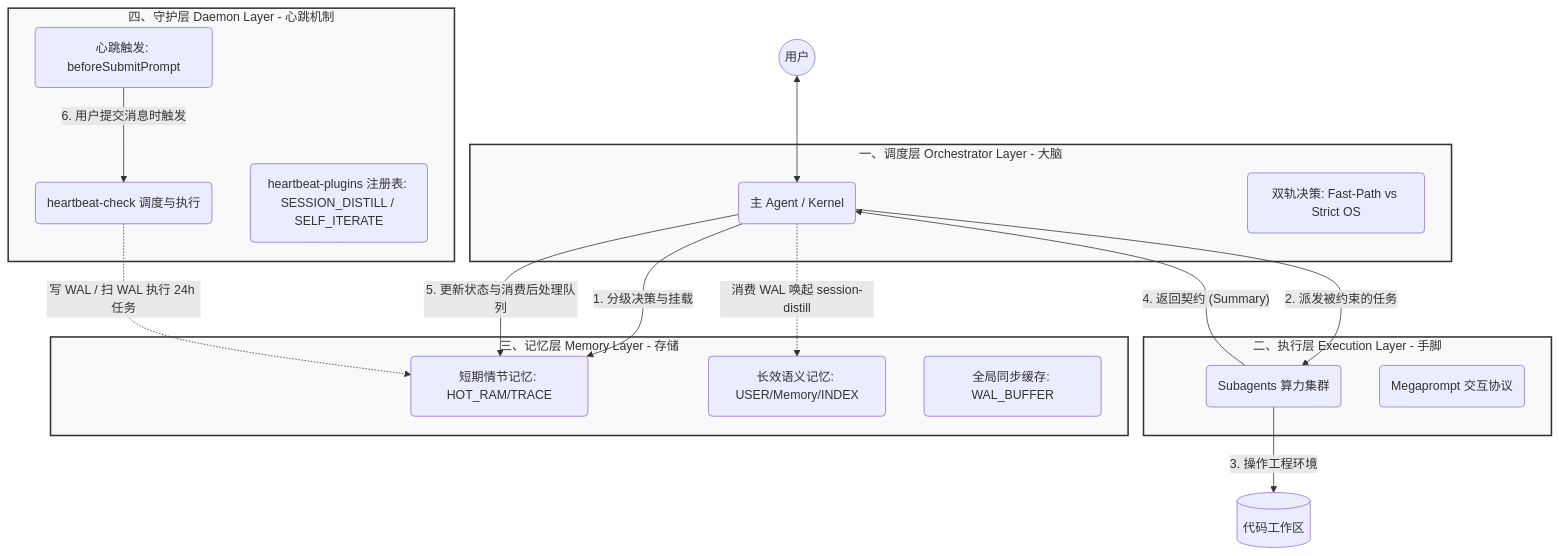
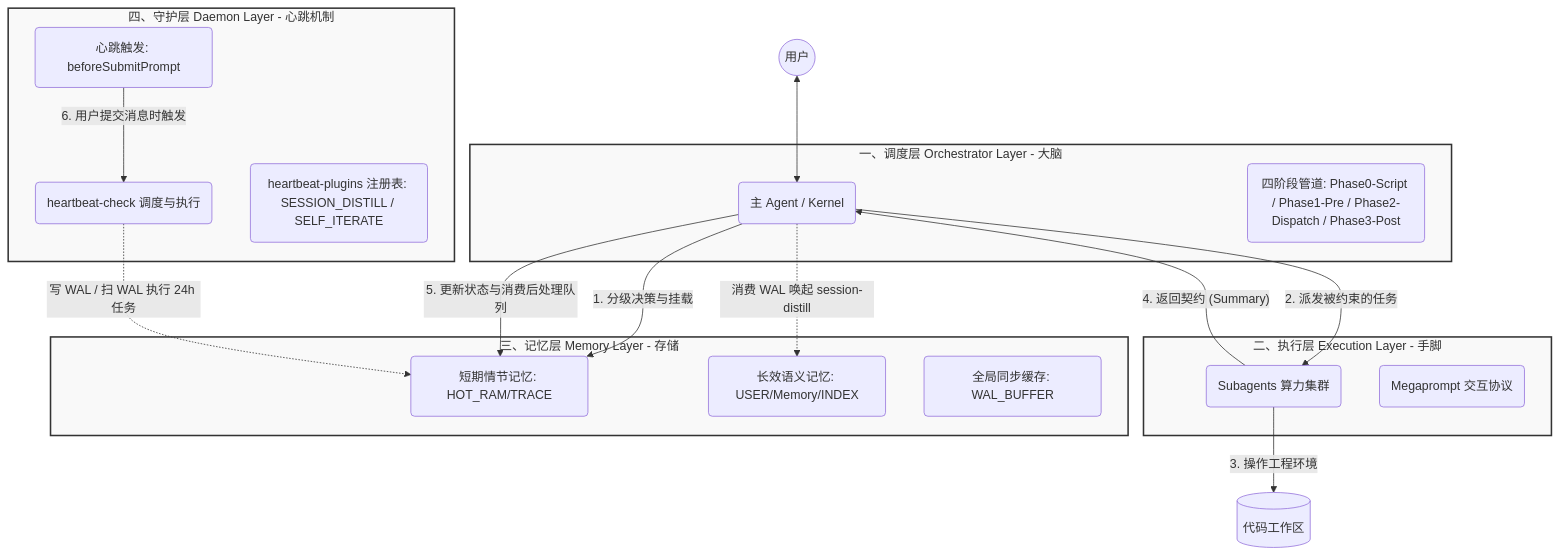
Before and after one commit to tower1229/LingXi: the diagram in .cursor/skills/about-lingxi/references/architecture.md, drawn with Mermaid. The commit also changed other lines of this file and 5 other files, not shown here.

Commit message:
refactor: Revise HOT_RAM.default.md and agentos-kernel.mdc to enhance clarity on global configuration injection and task processing phases. Update lifecycle flow documentation to reflect the unified four-phase pipeline, ensuring consistency in task handling and user configuration management.

````diff
--- a/.cursor/skills/about-lingxi/references/architecture.md
+++ b/.cursor/skills/about-lingxi/references/architecture.md
@@ -13,40 +13,40 @@
 ```mermaid
 graph TD
     classDef layer fill:#f9f9f9,stroke:#333,stroke-width:2px;
 
     User((用户))
 
     subgraph 调度层 [一、调度层 Orchestrator Layer - 大脑]
         MainAgent(主 Agent / Kernel)
-        Tiers(双轨决策: Fast-Path vs Strict OS)
+        Pipeline(四阶段管道: Phase0-Script / Phase1-Pre / Phase2-Dispatch / Phase3-Post)
     end
 
     subgraph 执行层 [二、执行层 Execution Layer - 手脚]
         Subagents(Subagents 算力集群)
         Protocol(Megaprompt 交互协议)
     end
 
     subgraph 记忆层 [三、记忆层 Memory Layer - 存储]
         StateFile(短期情节记忆: HOT_RAM/TRACE)
         Knowledge(长效语义记忆: USER/Memory/INDEX)
         GlobalSync(全局同步缓存: WAL_BUFFER)
     end
 
     subgraph 守护层 [四、守护层 Daemon Layer - 心跳机制]
         Hooks(心跳触发: beforeSubmitPrompt)
         Watchdog(heartbeat-check 调度与执行)
         Plugins(heartbeat-plugins 注册表: SESSION_DISTILL / SELF_ITERATE)
     end
 
     User <--> MainAgent
     MainAgent -- 1. 分级决策与挂载 --> StateFile
     MainAgent -- 2. 派发被约束的任务 --> Subagents
     Subagents -- 3. 操作工程环境 --> Workspace[(代码工作区)]
     Subagents -- 4. 返回契约 (Summary) --> MainAgent
     MainAgent -- 5. 更新状态与消费后处理队列 --> StateFile
     Hooks -- 6. 用户提交消息时触发 --> Watchdog
     Watchdog -. 写 WAL / 扫 WAL 执行 24h 任务 .-> StateFile
     MainAgent -. 消费 WAL 唤起 session-distill .-> Knowledge
 
     class 调度层,执行层,记忆层,守护层 layer;
 ```
````
